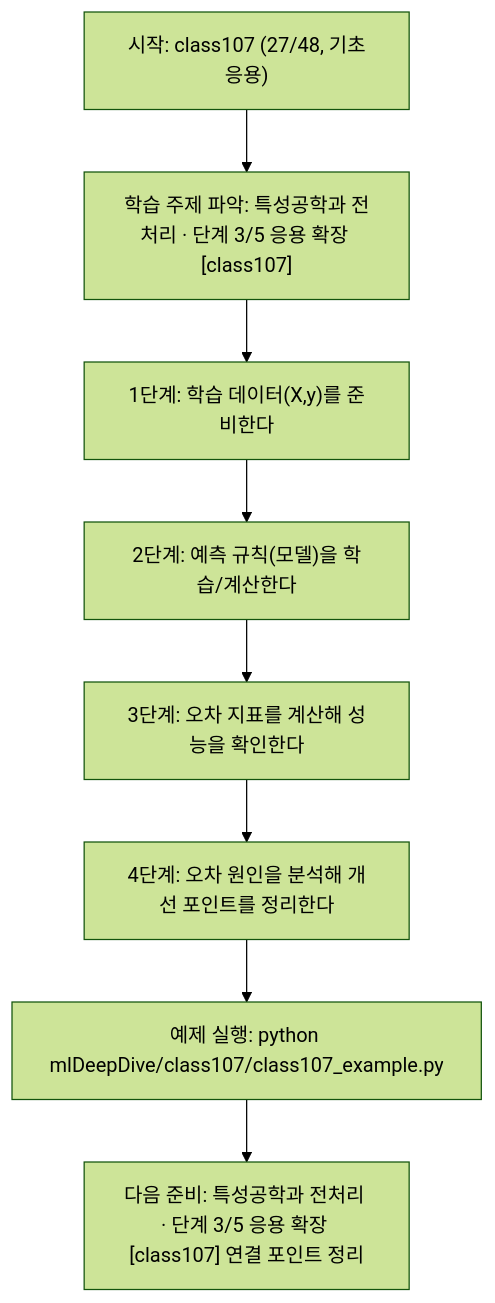
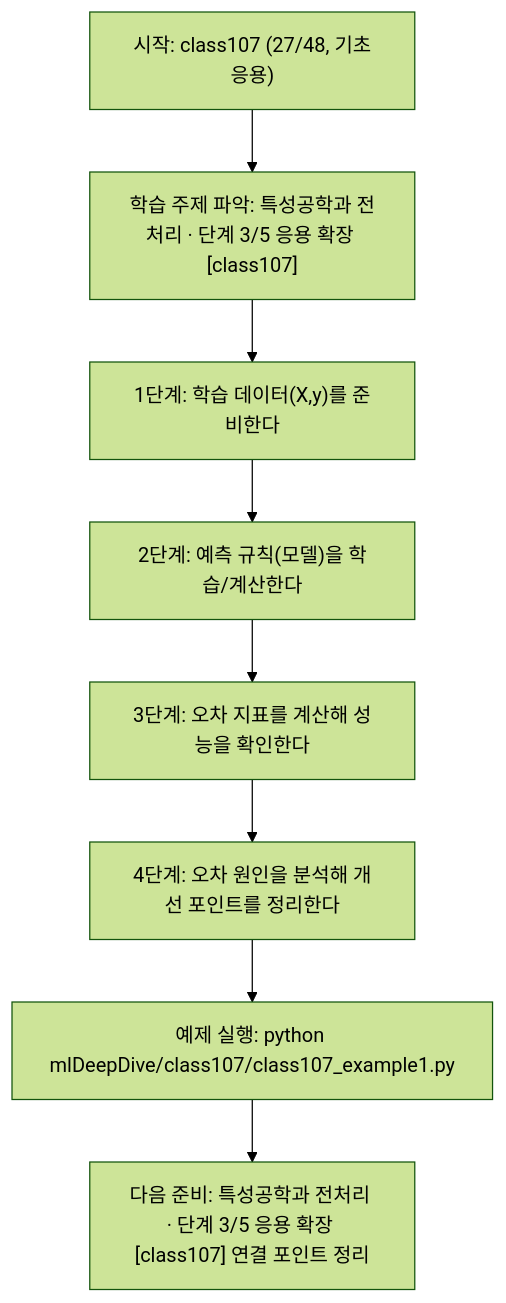
Before and after one commit to edumgt/Python-AI_Agent-Class: the diagram in mlDeepDive/class107/class107.md, drawn with Mermaid (forest theme). The commit also changed other lines of this file and 2959 other files, not shown here.

````diff
--- a/mlDeepDive/class107/class107.md
+++ b/mlDeepDive/class107/class107.md
@@ -109,18 +109,18 @@
 ```mermaid
 flowchart TD
 N1["시작: class107 (27/48, 기초응용)"]
 N2["학습 주제 파악: 특성공학과 전처리 · 단계 3/5 응용 확장 [class107]"]
 N3["1단계: 학습 데이터(X,y)를 준비한다"]
 N4["2단계: 예측 규칙(모델)을 학습/계산한다"]
 N5["3단계: 오차 지표를 계산해 성능을 확인한다"]
 N6["4단계: 오차 원인을 분석해 개선 포인트를 정리한다"]
-N7["예제 실행: python mlDeepDive/class107/class107_example.py"]
+N7["예제 실행: python mlDeepDive/class107/class107_example1.py"]
 N8["다음 준비: 특성공학과 전처리 · 단계 3/5 응용 확장 [class107] 연결 포인트 정리"]
 N1 --> N2
 N2 --> N3
 N3 --> N4
 N4 --> N5
 N5 --> N6
 N6 --> N7
 N7 --> N8
 ```
````
